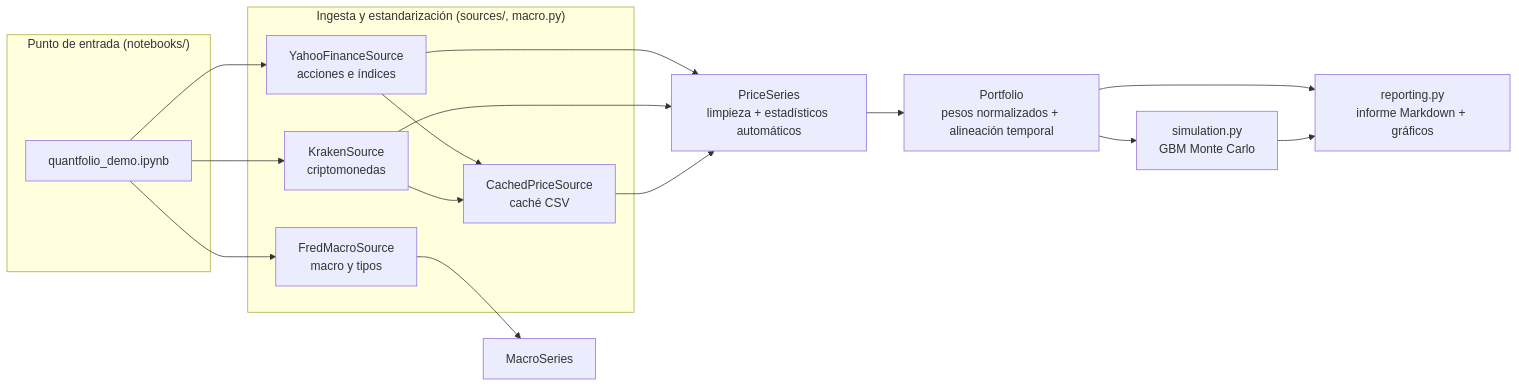
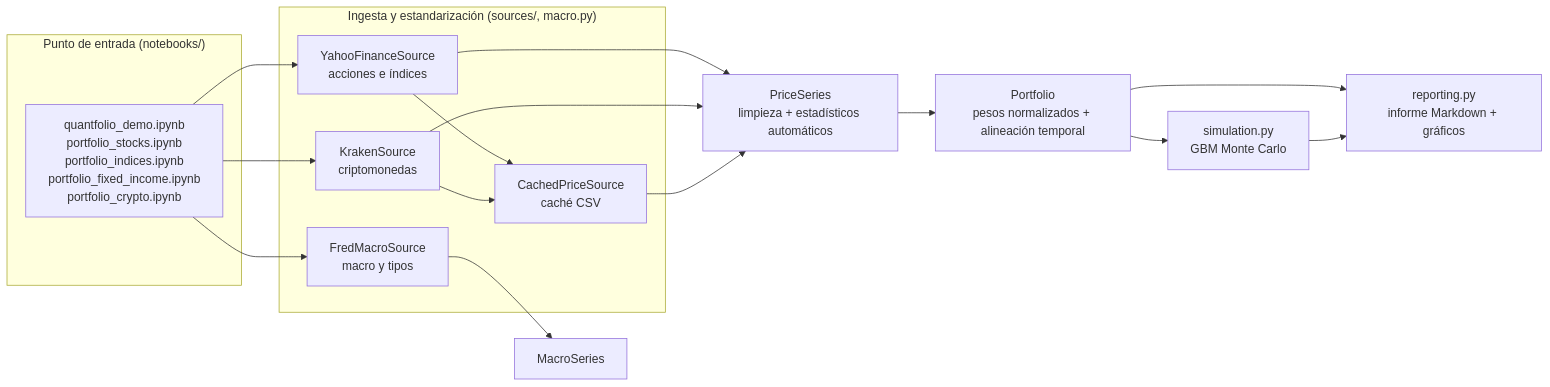
Before and after one commit to alejandroperezpujante/quantfolio: the second of 2 diagrams in docs/architecture.md, drawn with Mermaid. The commit also changed other lines of this file and 1 other file, not shown here.

Commit message:
docs: describe the dedicated portfolio notebooks

````diff
--- a/docs/architecture.md
+++ b/docs/architecture.md
@@ -117,33 +117,33 @@
 ```mermaid
 flowchart LR
     subgraph entrypoint["Punto de entrada (notebooks/)"]
-        NB["quantfolio_demo.ipynb"]
+        NB["quantfolio_demo.ipynb<br/>portfolio_stocks.ipynb<br/>portfolio_indices.ipynb<br/>portfolio_fixed_income.ipynb<br/>portfolio_crypto.ipynb"]
     end
 
     subgraph ingestion["Ingesta y estandarización (sources/, macro.py)"]
         YF["YahooFinanceSource<br/>acciones e índices"]
         KR["KrakenSource<br/>criptomonedas"]
         CA["CachedPriceSource<br/>caché CSV"]
         FR["FredMacroSource<br/>macro y tipos"]
     end
 
     PS["PriceSeries<br/>limpieza + estadísticos automáticos"]
     MS["MacroSeries"]
     PF["Portfolio<br/>pesos normalizados + alineación temporal"]
     MC["simulation.py<br/>GBM Monte Carlo"]
     RP["reporting.py<br/>informe Markdown + gráficos"]
 
     NB --> YF
     NB --> KR
     NB --> FR
     YF --> CA
     KR --> CA
     YF --> PS
     KR --> PS
     CA --> PS
     FR --> MS
     PS --> PF
     PF --> MC
     PF --> RP
     MC --> RP
 ```
````
